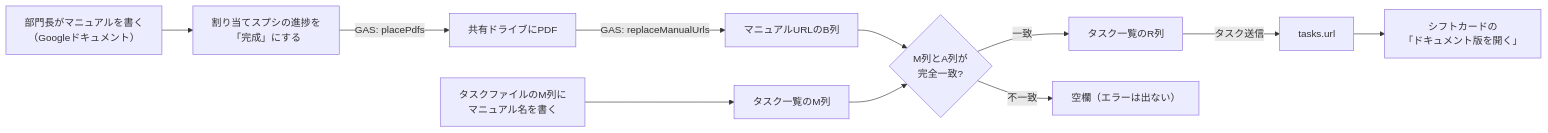
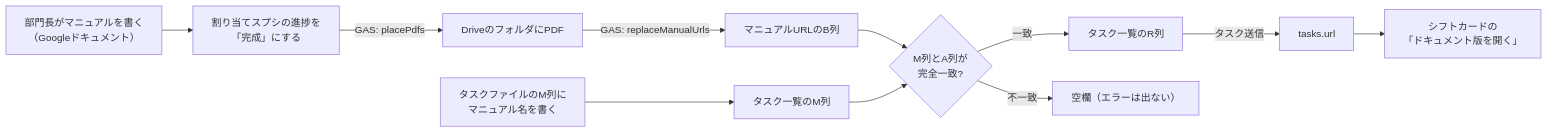
The third of 4 diagrams in docs/operations/spreadsheet-map.md (NUTFes/SeeFT), drawn with Mermaid before and after one commit. The commit also changed other lines of this file and 4 other files, not shown here.

````diff
--- a/docs/operations/spreadsheet-map.md
+++ b/docs/operations/spreadsheet-map.md
@@ -159,13 +159,13 @@
 ```mermaid
 flowchart LR
   DOC["部門長がマニュアルを書く<br/>（Googleドキュメント）"] --> PROG["割り当てスプシの進捗を<br/>「完成」にする"]
-  PROG -- "GAS: placePdfs" --> PDF["共有ドライブにPDF"]
+  PROG -- "GAS: placePdfs" --> PDF["DriveのフォルダにPDF"]
   PDF -- "GAS: replaceManualUrls" --> MUB["マニュアルURLのB列"]
   NAME["タスクファイルのM列に<br/>マニュアル名を書く"] --> TLM["タスク一覧のM列"]
   MUB --> VL{"M列とA列が<br/>完全一致?"}
   TLM --> VL
   VL -- "一致" --> R["タスク一覧のR列"]
   VL -- "不一致" --> EMPTY["空欄（エラーは出ない）"]
   R -- "タスク送信" --> TASKDB["tasks.url"]
   TASKDB --> BTN["シフトカードの<br/>「ドキュメント版を開く」"]
 ```
````
